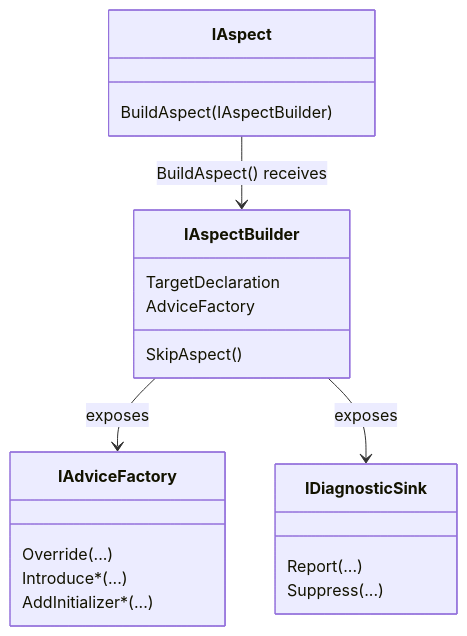
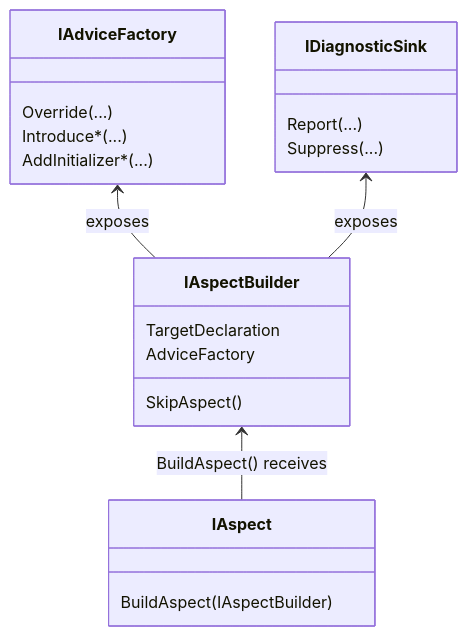
One commit to postsharp/Metalama.Documentation changed the first of 4 diagrams in docfx/namespaces/Metalama.Framework.Aspects.md. Above: the diagram before and after it, drawn with Mermaid. The commit also changed other lines of this file and 9 other files, not shown here.

Commit message:
Improved class diagrams

````diff
--- a/docfx/namespaces/Metalama.Framework.Aspects.md
+++ b/docfx/namespaces/Metalama.Framework.Aspects.md
@@ -36,29 +36,29 @@
 ```mermaid
 classDiagram
     
     class IAspect {
         BuildAspect(IAspectBuilder)
     }
 
     class IAspectBuilder {
         SkipAspect()
         TargetDeclaration
         AdviceFactory
     }
 
     class IAdviceFactory {
         Override(...)
         Introduce*(...)
         AddInitializer*(...)
     }
 
     class IDiagnosticSink {
         Report(...)
         Suppress(...)
     }
 
-    IAspect --> IAspectBuilder : BuildAspect() receives
-    IAspectBuilder --> IAdviceFactory : exposes
-    IAspectBuilder --> IDiagnosticSink : exposes
+    IAspectBuilder <-- IAspect : BuildAspect() receives
+    IAdviceFactory <-- IAspectBuilder : exposes
+    IDiagnosticSink <-- IAspectBuilder : exposes
 
 ```
````
